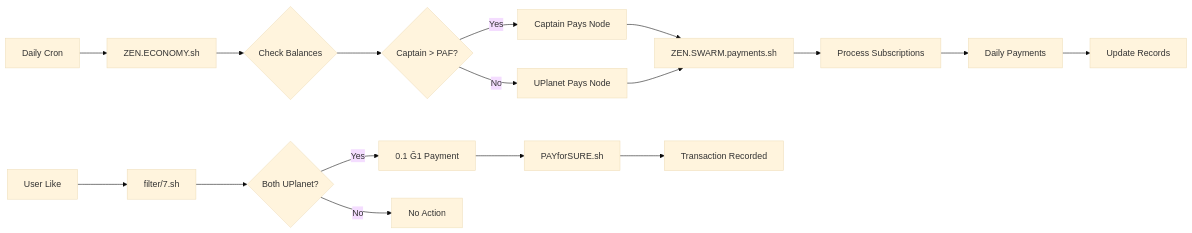
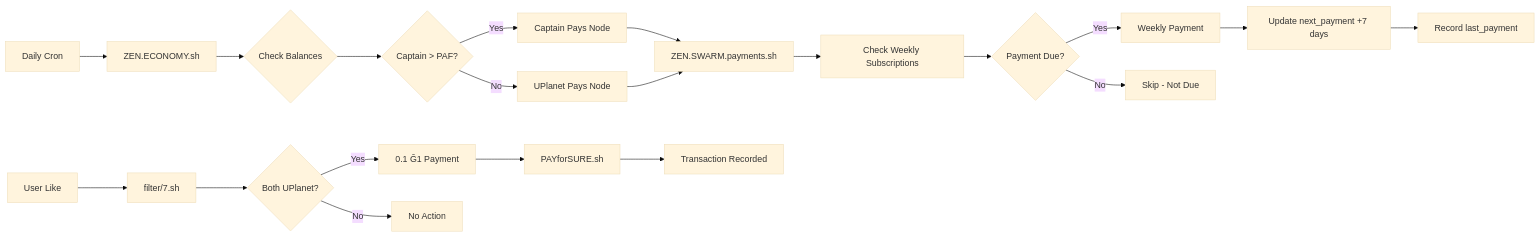
Before and after one commit to papiche/Astroport.ONE: diagram 11 of 12 in ARCHITECTURE.md, drawn with Mermaid (base theme). The commit also changed other lines of this file and 1 other file, not shown here.

Commit message:
weekly payments

````diff
--- a/ARCHITECTURE.md
+++ b/ARCHITECTURE.md
@@ -609,20 +625,23 @@
 ```mermaid
 graph LR
     A[Daily Cron] --> B[ZEN.ECONOMY.sh]
     B --> C{Check Balances}
     C --> D{Captain > PAF?}
     D -->|Yes| E[Captain Pays Node]
     D -->|No| F[UPlanet Pays Node]
     E --> G[ZEN.SWARM.payments.sh]
     F --> G
-    G --> H[Process Subscriptions]
-    H --> I[Daily Payments]
-    I --> J[Update Records]
+    G --> H[Check Weekly Subscriptions]
+    H --> I{Payment Due?}
+    I -->|Yes| J[Weekly Payment]
+    I -->|No| K[Skip - Not Due]
+    J --> L[Update next_payment +7 days]
+    L --> M[Record last_payment]
     
-    K[User Like] --> L[filter/7.sh]
-    L --> M{Both UPlanet?}
-    M -->|Yes| N[0.1 Ğ1 Payment]
-    M -->|No| O[No Action]
-    N --> P[PAYforSURE.sh]
-    P --> Q[Transaction Recorded]
+    N[User Like] --> O[filter/7.sh]
+    O --> P{Both UPlanet?}
+    P -->|Yes| Q[0.1 Ğ1 Payment]
+    P -->|No| R[No Action]
+    Q --> S[PAYforSURE.sh]
+    S --> T[Transaction Recorded]
 ```
````
